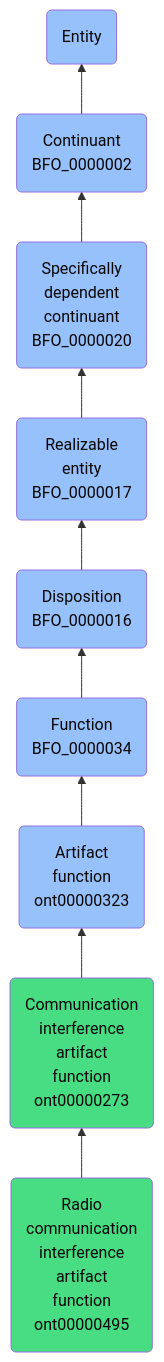
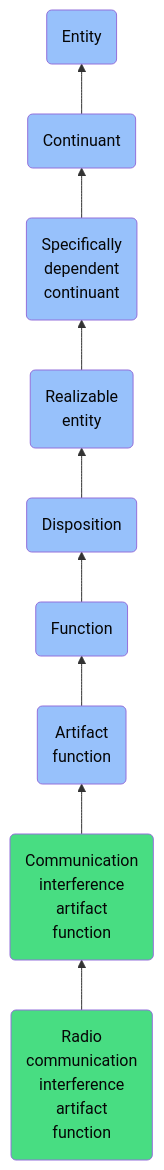
One commit to jupyter-naas/abi changed the diagram in docs/ontology/reference/model/Entity/Continuant/Specifically dependent continuant/Realizable entity/Disposition/Function/Artifact function/Communication interference artifact function/Radio communication interference artifact function/Radio communication interference artifact function.md. Above: the diagram before and after it, drawn with Mermaid. The commit also changed other lines of this file and 1430 other files, not shown here.

````diff
--- a/docs/ontology/reference/model/Entity/Continuant/Specifically dependent continuant/Realizable entity/Disposition/Function/Artifact function/Communication interference artifact function/Radio communication interference artifact function/Radio communication interference artifact function.md
+++ b/docs/ontology/reference/model/Entity/Continuant/Specifically dependent continuant/Realizable entity/Disposition/Function/Artifact function/Communication interference artifact function/Radio communication interference artifact function/Radio communication interference artifact function.md
@@ -24,16 +24,16 @@
 ```mermaid
 graph BT
-    ont00000495(Radio<br>communication<br>interference<br>artifact<br>function<br>ont00000495):::ABI-->ont00000273
-    ont00000273(Communication<br>interference<br>artifact<br>function<br>ont00000273):::ABI-->ont00000323
-    ont00000323(Artifact<br>function<br>ont00000323):::BFO-->BFO_0000034
-    BFO_0000034(Function<br>BFO_0000034):::BFO-->BFO_0000016
-    BFO_0000016(Disposition<br>BFO_0000016):::BFO-->BFO_0000017
-    BFO_0000017(Realizable<br>entity<br>BFO_0000017):::BFO-->BFO_0000020
-    BFO_0000020(Specifically<br>dependent<br>continuant<br>BFO_0000020):::BFO-->BFO_0000002
-    BFO_0000002(Continuant<br>BFO_0000002):::BFO-->BFO_0000001
+    ont00000495(Radio<br>communication<br>interference<br>artifact<br>function):::ABI-->ont00000273
+    ont00000273(Communication<br>interference<br>artifact<br>function):::ABI-->ont00000323
+    ont00000323(Artifact<br>function):::BFO-->BFO_0000034
+    BFO_0000034(Function):::BFO-->BFO_0000016
+    BFO_0000016(Disposition):::BFO-->BFO_0000017
+    BFO_0000017(Realizable<br>entity):::BFO-->BFO_0000020
+    BFO_0000020(Specifically<br>dependent<br>continuant):::BFO-->BFO_0000002
+    BFO_0000002(Continuant):::BFO-->BFO_0000001
     BFO_0000001(Entity):::BFO
     
     classDef BFO fill:#97c1fb,color:#060606
     classDef CCO fill:#e4c51e,color:#060606
     classDef ABI fill:#48DD82,color:#060606
 ```
````
